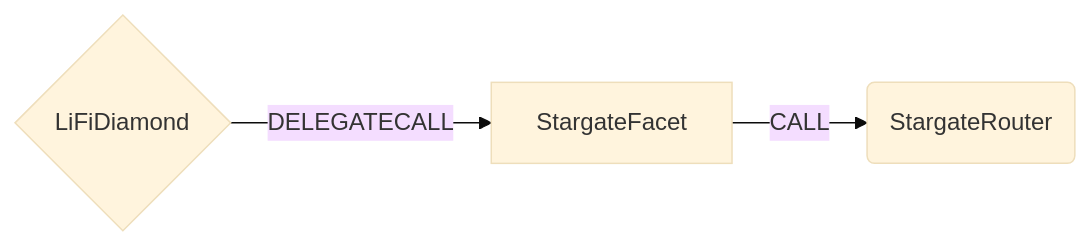
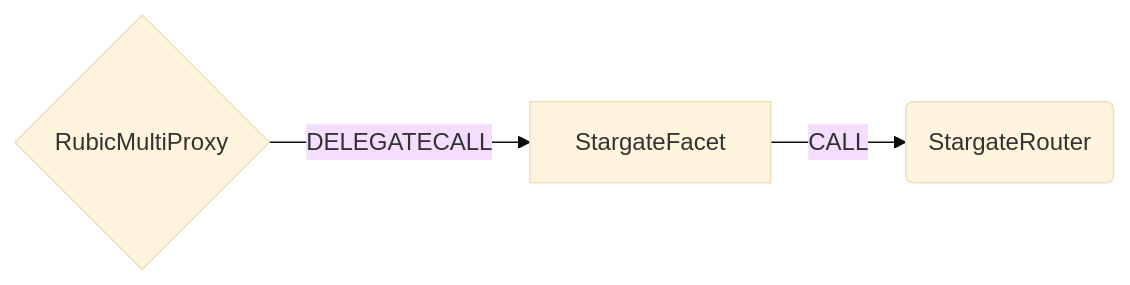
Before and after one commit to Cryptorubic/multi-proxy-rubic: the diagram in docs/StargateFacet.md, drawn with Mermaid (base theme). The commit also changed other lines of this file and 82 other files, not shown here.

````diff
--- a/docs/StargateFacet.md
+++ b/docs/StargateFacet.md
@@ -7,5 +7,5 @@
 ```mermaid
 graph LR;
-    D{LiFiDiamond}-- DELEGATECALL -->A[StargateFacet]
+    D{RubicMultiProxy}-- DELEGATECALL -->A[StargateFacet]
     A -- CALL --> USDC(StargateRouter)
 ```
````
